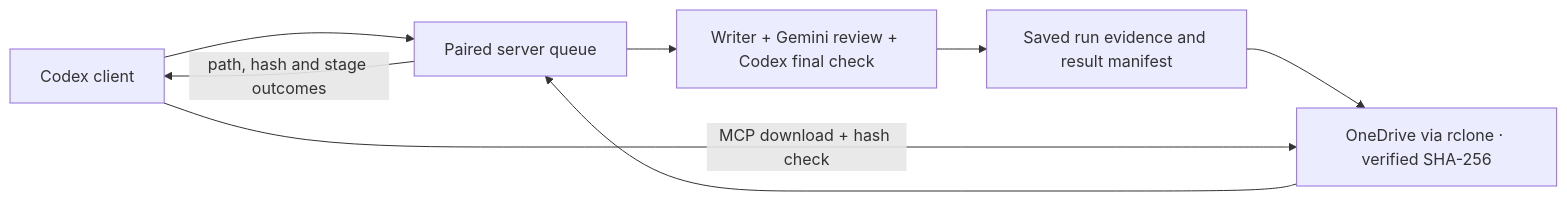
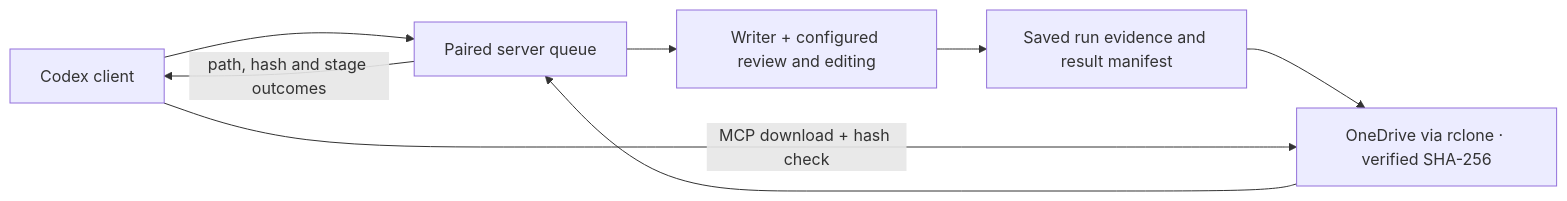
The fourth of 12 diagrams in README.md (DRincs-Productions/LM-Studio), drawn with Mermaid before and after one commit. The commit also changed other lines of this file and 15 other files, not shown here.

````diff
--- a/README.md
+++ b/README.md
@@ -101,10 +101,10 @@
 ```mermaid
 flowchart LR
     A[Codex client] --> B[Paired server queue]
-    B --> C[Writer + Gemini review + Codex final check]
+    B --> C[Writer + configured review and editing]
     C --> D[Saved run evidence and result manifest]
     D --> E[OneDrive via rclone · verified SHA-256]
     E --> B
     B -->|path, hash and stage outcomes| A
     A -->|MCP download + hash check| E
 ```
````
